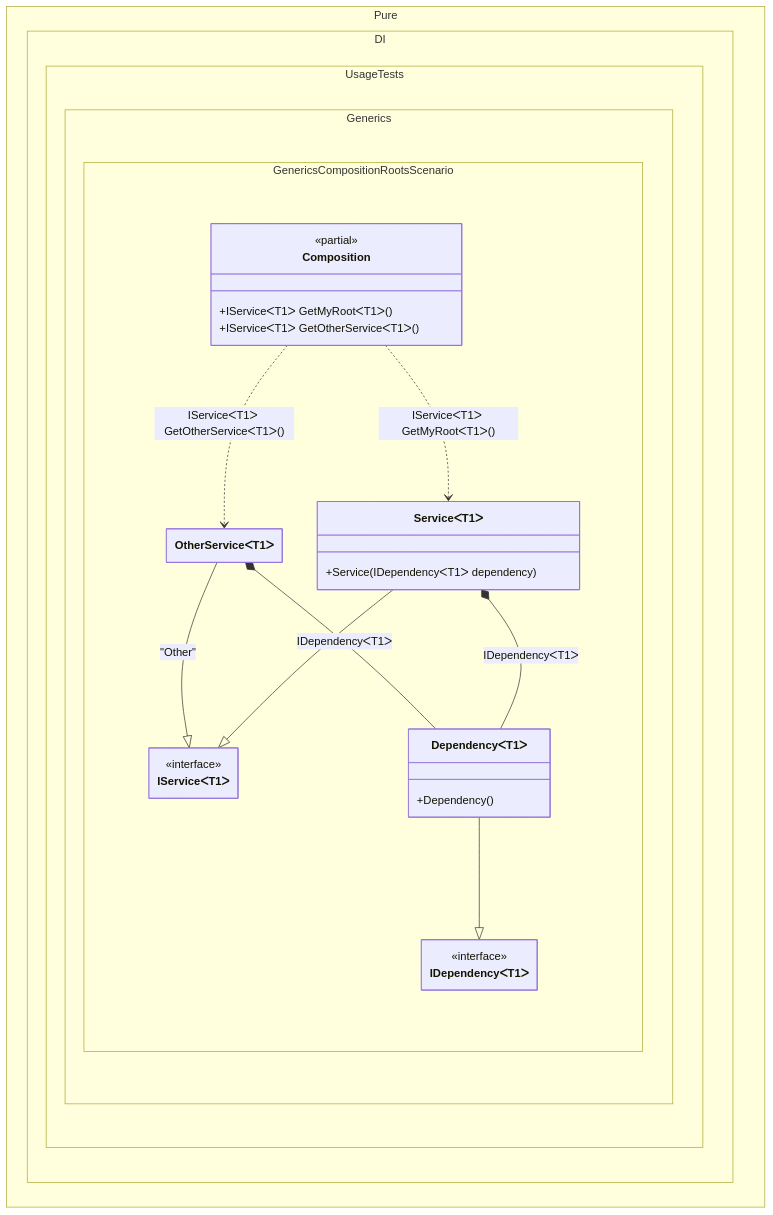
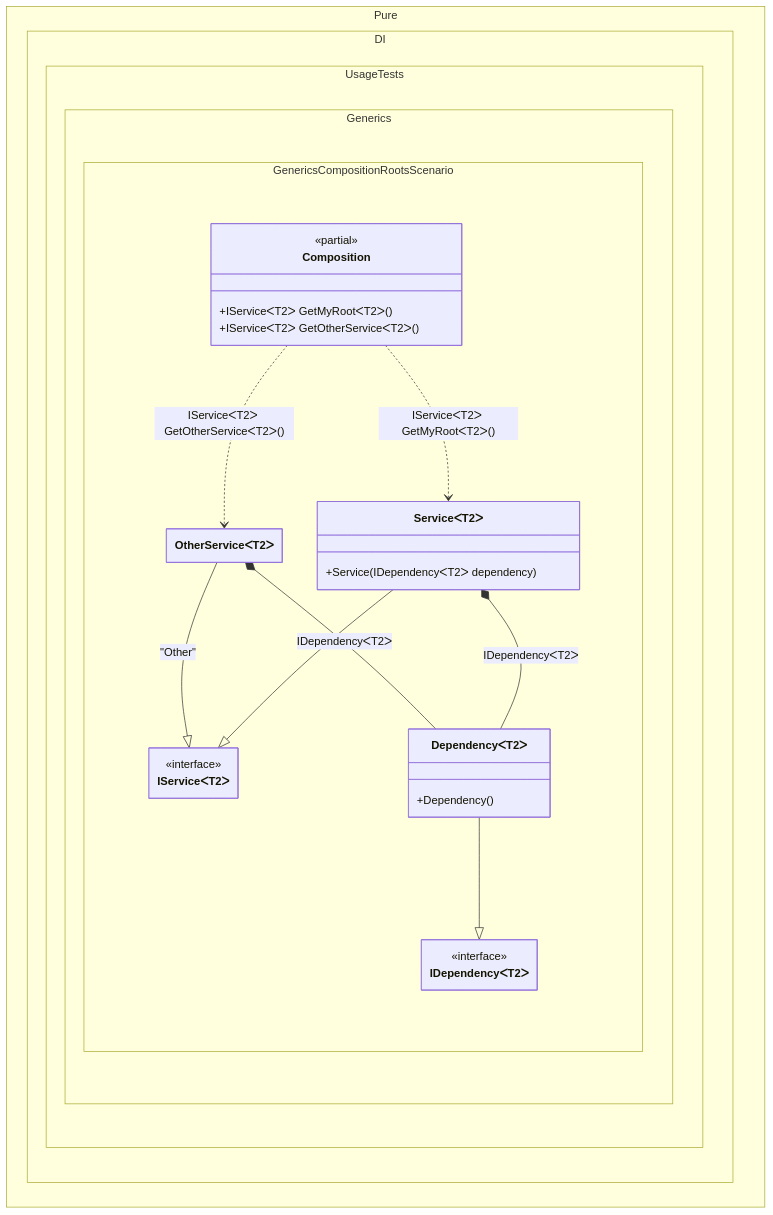
Before and after one commit to DevTeam/Pure.DI: the diagram in readme/generic-composition-roots.md, drawn with Mermaid. The commit also changed other lines of this file and 10 other files, not shown here.

````diff
--- a/readme/generic-composition-roots.md
+++ b/readme/generic-composition-roots.md
@@ -121,36 +121,36 @@
 ```mermaid
 ---
  config:
   class:
    hideEmptyMembersBox: true
 ---
 classDiagram
-	OtherServiceᐸT1ᐳ --|> IServiceᐸT1ᐳ : "Other" 
-	ServiceᐸT1ᐳ --|> IServiceᐸT1ᐳ
-	DependencyᐸT1ᐳ --|> IDependencyᐸT1ᐳ
-	Composition ..> OtherServiceᐸT1ᐳ : IServiceᐸT1ᐳ GetOtherServiceᐸT1ᐳ()
-	Composition ..> ServiceᐸT1ᐳ : IServiceᐸT1ᐳ GetMyRootᐸT1ᐳ()
-	OtherServiceᐸT1ᐳ *--  DependencyᐸT1ᐳ : IDependencyᐸT1ᐳ
-	ServiceᐸT1ᐳ *--  DependencyᐸT1ᐳ : IDependencyᐸT1ᐳ
+	OtherServiceᐸT2ᐳ --|> IServiceᐸT2ᐳ : "Other" 
+	ServiceᐸT2ᐳ --|> IServiceᐸT2ᐳ
+	DependencyᐸT2ᐳ --|> IDependencyᐸT2ᐳ
+	Composition ..> OtherServiceᐸT2ᐳ : IServiceᐸT2ᐳ GetOtherServiceᐸT2ᐳ()
+	Composition ..> ServiceᐸT2ᐳ : IServiceᐸT2ᐳ GetMyRootᐸT2ᐳ()
+	OtherServiceᐸT2ᐳ *--  DependencyᐸT2ᐳ : IDependencyᐸT2ᐳ
+	ServiceᐸT2ᐳ *--  DependencyᐸT2ᐳ : IDependencyᐸT2ᐳ
 	namespace Pure.DI.UsageTests.Generics.GenericsCompositionRootsScenario {
 		class Composition {
 		<<partial>>
-		+IServiceᐸT1ᐳ GetMyRootᐸT1ᐳ()
-		+IServiceᐸT1ᐳ GetOtherServiceᐸT1ᐳ()
+		+IServiceᐸT2ᐳ GetMyRootᐸT2ᐳ()
+		+IServiceᐸT2ᐳ GetOtherServiceᐸT2ᐳ()
 		}
-		class DependencyᐸT1ᐳ {
+		class DependencyᐸT2ᐳ {
 			+Dependency()
 		}
-		class IDependencyᐸT1ᐳ {
+		class IDependencyᐸT2ᐳ {
 			<<interface>>
 		}
-		class IServiceᐸT1ᐳ {
+		class IServiceᐸT2ᐳ {
 			<<interface>>
 		}
-		class OtherServiceᐸT1ᐳ {
+		class OtherServiceᐸT2ᐳ {
 		}
-		class ServiceᐸT1ᐳ {
-			+Service(IDependencyᐸT1ᐳ dependency)
+		class ServiceᐸT2ᐳ {
+			+Service(IDependencyᐸT2ᐳ dependency)
 		}
 	}
 ```
````
